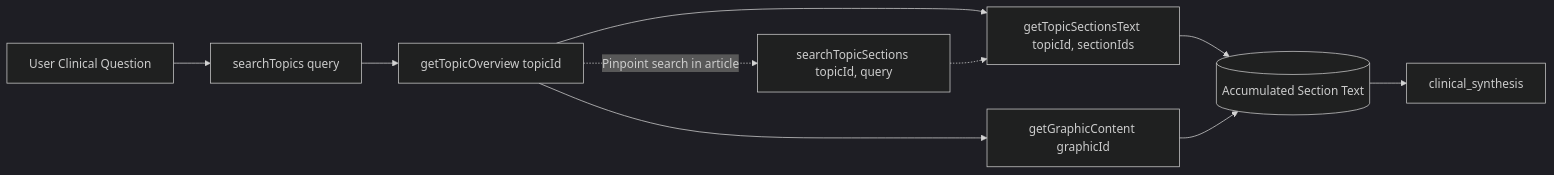
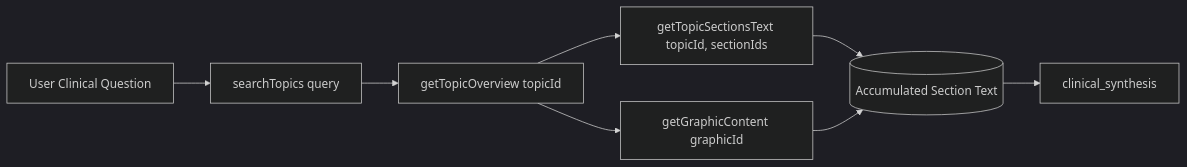
One commit to BEST8OY/Uptodate_Viewer changed the second of 3 diagrams in docs/architectural-principles-universal-clinical-prompt.md. Above: the diagram before and after it, drawn with Mermaid (dark theme). The commit also changed other lines of this file and 65 other files, not shown here.

````diff
--- a/docs/architectural-principles-universal-clinical-prompt.md
+++ b/docs/architectural-principles-universal-clinical-prompt.md
@@ -111,12 +111,10 @@
 ```mermaid
 graph LR
     Q[User Clinical Question] --> S[searchTopics query]
     S --> OV[getTopicOverview topicId]
     OV --> SEC[getTopicSectionsText topicId, sectionIds]
     OV --> GRP[getGraphicContent graphicId]
-    OV -. "Pinpoint search in article" .-> STS[searchTopicSections topicId, query]
-    STS -.-> SEC
     SEC --> EV[(Accumulated Section Text)]
     GRP --> EV
     EV --> SYNTH[clinical_synthesis]
 ```
````
